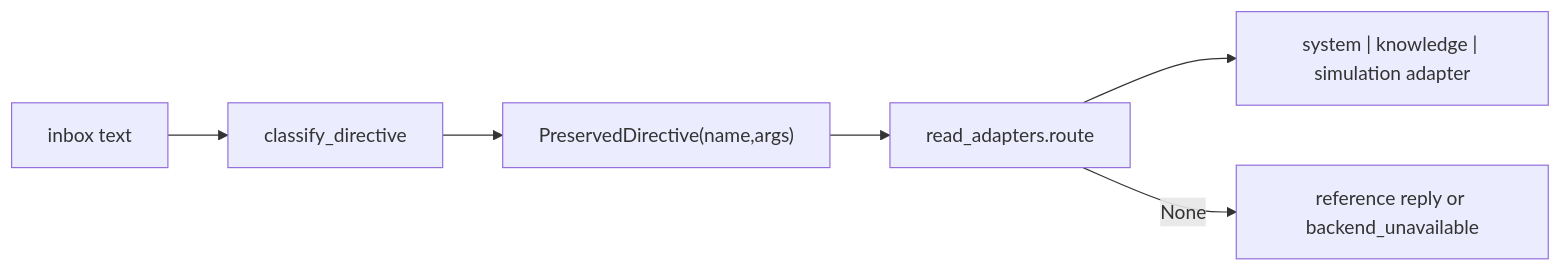
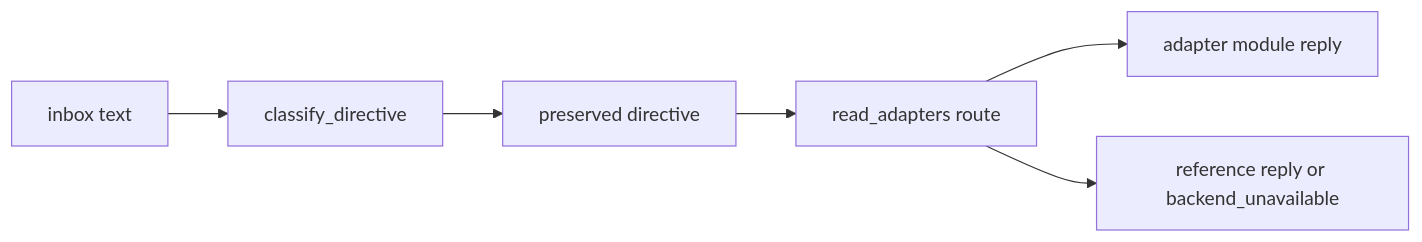
The diagram in docs/journal/20261026-0110-claude-telegram-wave1-adapters-and-reconciliation.md (Anaik7799/uos), drawn with Mermaid before and after one commit. The commit also changed other lines of this file and 17 other files, not shown here.

````diff
--- a/docs/journal/20261026-0110-claude-telegram-wave1-adapters-and-reconciliation.md
+++ b/docs/journal/20261026-0110-claude-telegram-wave1-adapters-and-reconciliation.md
@@ -85,8 +87,8 @@
 ```mermaid
 flowchart LR
   T["inbox text"] --> C["classify_directive"]
-  C --> P["PreservedDirective(name,args)"]
-  P --> R["read_adapters.route"]
-  R --> A["system | knowledge | simulation adapter"]
-  R -->|None| F["reference reply or backend_unavailable"]
+  C --> P["preserved directive"]
+  P --> R["read_adapters route"]
+  R --> A["adapter module reply"]
+  R --> F["reference reply or backend_unavailable"]
 ```
````
